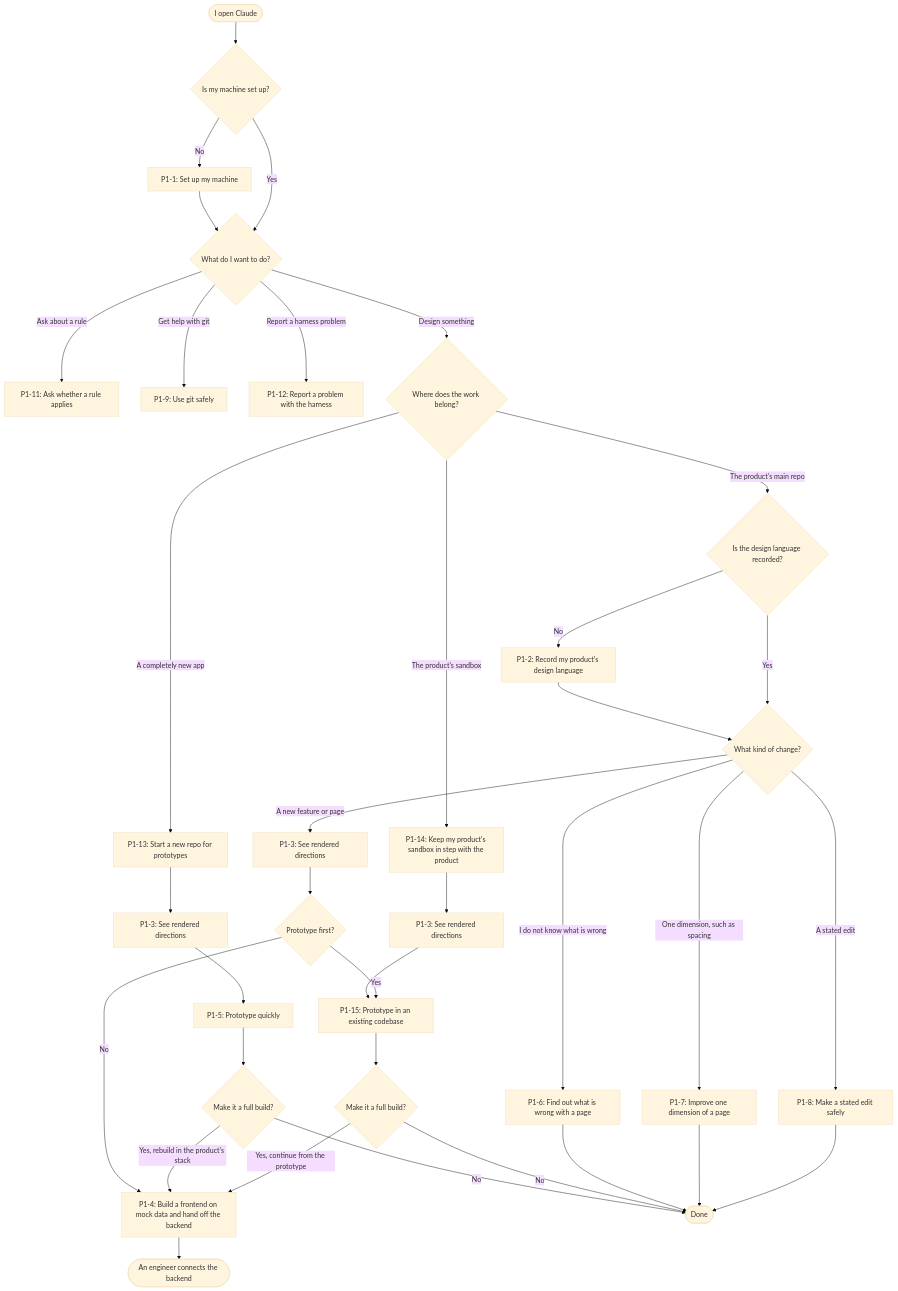
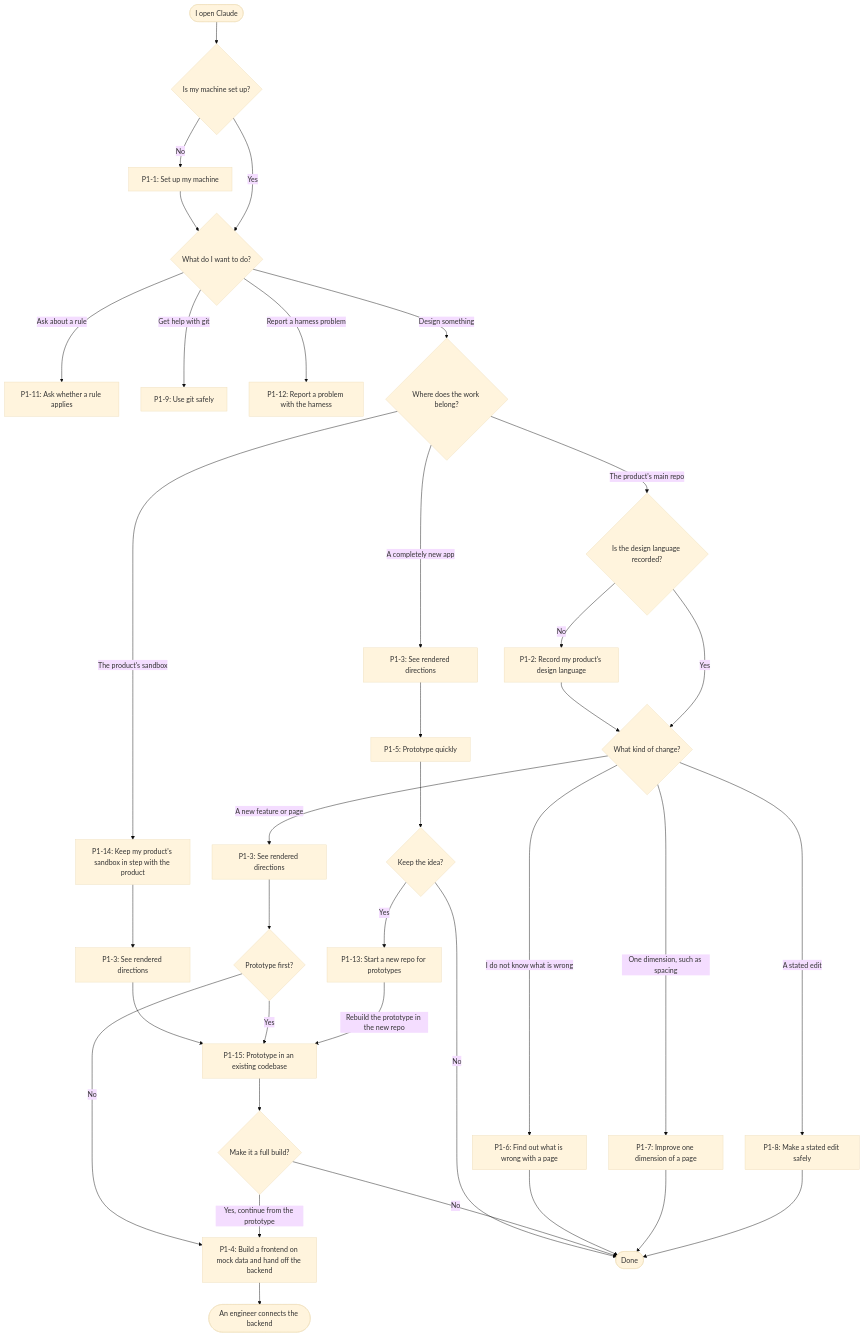
Before and after one commit to transformteamsg/dx-harness: the diagram in docs/specs/2026-10-05-design-revamp/stories/p1-designer.md, drawn with Mermaid (base theme). The commit also changed other lines of this file, not shown here.

First line of the commit message:
docs(`specs`): start a new app as plain HTML and give it a repo in the production stack in P1-5 and P1-13

````diff
--- a/docs/specs/2026-10-05-design-revamp/stories/p1-designer.md
+++ b/docs/specs/2026-10-05-design-revamp/stories/p1-designer.md
@@ -31,39 +31,39 @@
 ```mermaid
 flowchart TD
     start([I open Claude]) --> setup{Is my machine set up?}
     setup -- No --> P1_1["P1-1: Set up my machine"] --> want
     setup -- Yes --> want{What do I want to do?}
 
     want -- Ask about a rule --> P1_11["P1-11: Ask whether a rule applies"]
     want -- Get help with git --> P1_9["P1-9: Use git safely"]
     want -- Report a harness problem --> P1_12["P1-12: Report a problem with the harness"]
     want -- Design something --> repo{Where does the work belong?}
 
-    repo -- A completely new app --> P1_13["P1-13: Start a new repo for prototypes"]
+    repo -- A completely new app --> dirA["P1-3: See rendered directions"] --> P1_5["P1-5: Prototype quickly"]
     repo -- "The product's sandbox" --> P1_14["P1-14: Keep my product's sandbox in step with the product"]
     repo -- The product's main repo --> lang{Is the design language recorded?}
 
-    P1_13 --> dirA["P1-3: See rendered directions"] --> P1_5["P1-5: Prototype quickly"]
     P1_14 --> dirB["P1-3: See rendered directions"] --> P1_15
 
     lang -- No --> P1_2["P1-2: Record my product's design language"] --> change
     lang -- Yes --> change{What kind of change?}
     change -- A stated edit --> P1_8["P1-8: Make a stated edit safely"]
     change -- I do not know what is wrong --> P1_6["P1-6: Find out what is wrong with a page"]
     change -- "One dimension, such as spacing" --> P1_7["P1-7: Improve one dimension of a page"]
     change -- A new feature or page --> dirC["P1-3: See rendered directions"] --> proto{Prototype first?}
     proto -- Yes --> P1_15["P1-15: Prototype in an existing codebase"]
     proto -- No --> P1_4["P1-4: Build a frontend on mock data and hand off the backend"]
 
-    P1_5 --> full5{Make it a full build?}
-    full5 -- "Yes, rebuild in the product's stack" --> P1_4
+    P1_5 --> keep5{Keep the idea?}
+    keep5 -- Yes --> P1_13["P1-13: Start a new repo for prototypes"]
+    P1_13 -- "Rebuild the prototype in the new repo" --> P1_15
     P1_15 --> full15{Make it a full build?}
     full15 -- "Yes, continue from the prototype" --> P1_4
 
     P1_4 --> handoff([An engineer connects the backend])
-    full5 -- No --> done([Done])
+    keep5 -- No --> done([Done])
     full15 -- No --> done
     P1_6 --> done
     P1_7 --> done
     P1_8 --> done
 ```
````
